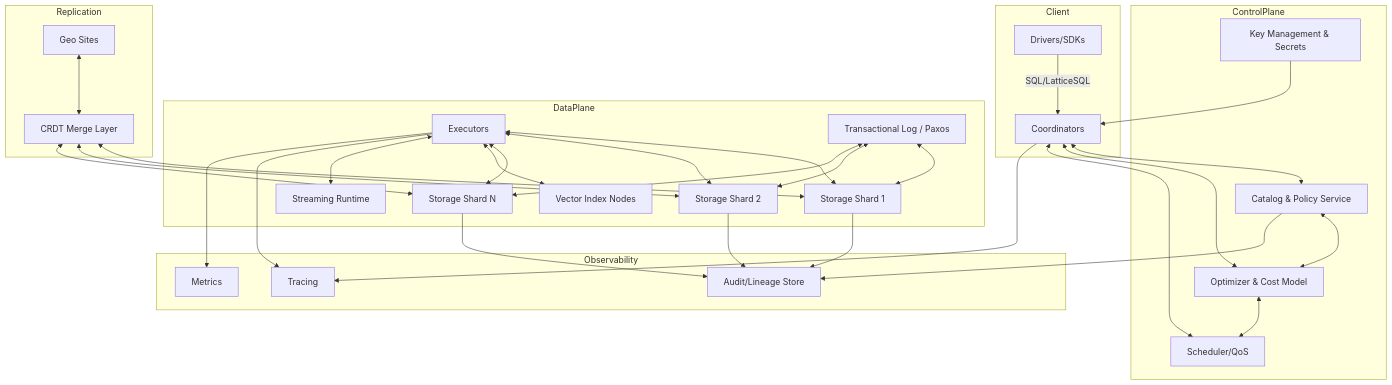
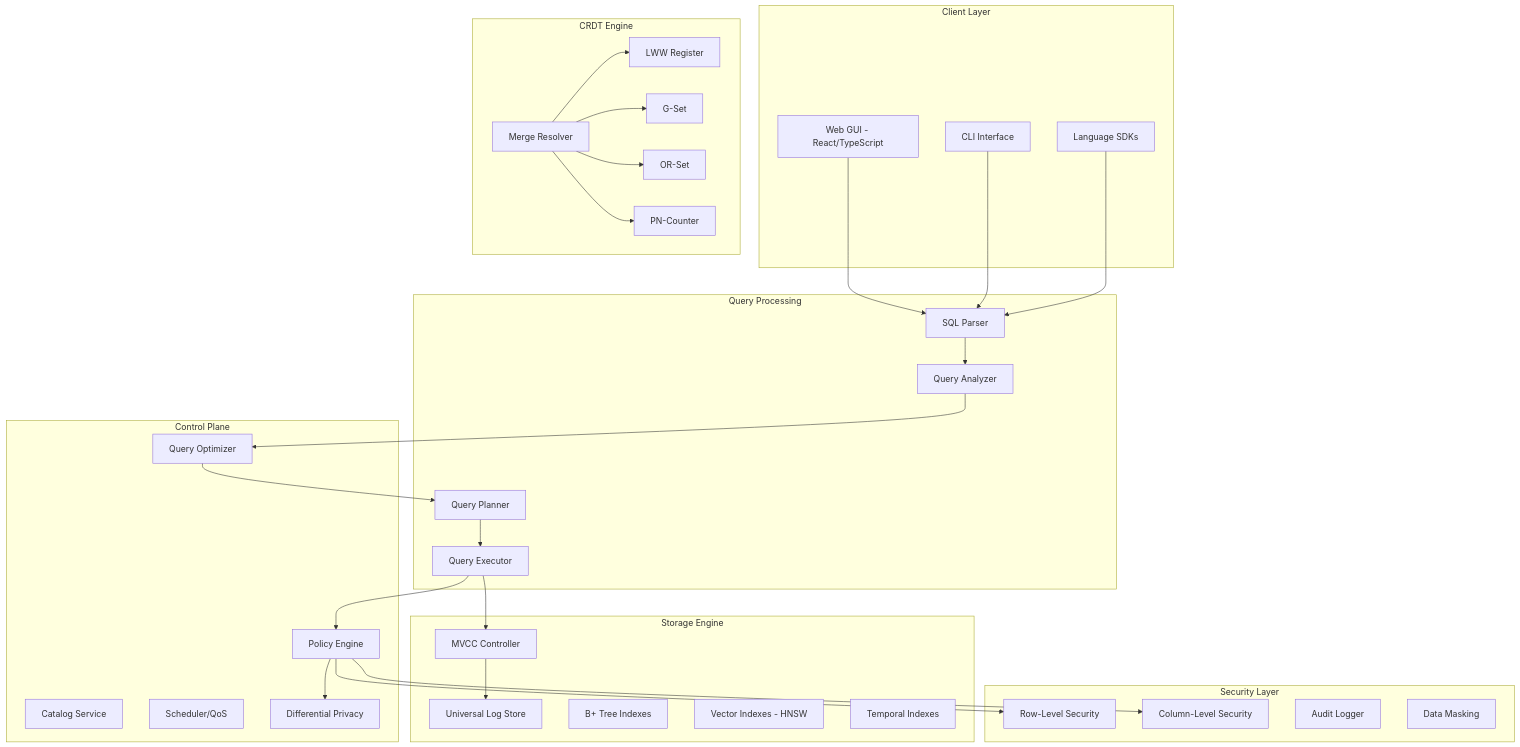
One commit to hoangsonww/LatticeDB-NextGen-DBMS changed the first of 10 diagrams in ARCHITECTURE.md. Above: the diagram before and after it, drawn with Mermaid. The commit also changed other lines of this file and 82 other files, not shown here.

````diff
--- a/ARCHITECTURE.md
+++ b/ARCHITECTURE.md
@@ -28,61 +28,64 @@
 ```mermaid
 flowchart TD
-    subgraph Client
-      A[Drivers/SDKs] -->|SQL/LatticeSQL| B[Coordinators]
+    subgraph "Client Layer"
+      GUI[Web GUI - React/TypeScript]
+      CLI[CLI Interface]
+      SDK[Language SDKs]
     end
 
-    subgraph ControlPlane
-      P[Catalog & Policy Service]
-      Q[Optimizer & Cost Model]
-      R[Scheduler/QoS]
-      S[Key Management & Secrets]
-      P <--> Q
-      Q <--> R
-      S --> B
+    subgraph "Control Plane"
+      CAT[Catalog Service]
+      OPT[Query Optimizer]
+      POL[Policy Engine]
+      SCH[Scheduler/QoS]
+      DP[Differential Privacy]
     end
 
-    B <--> P
-    B <--> Q
-    B <--> R
-
-    subgraph DataPlane
-      E[Executors]
-      F1[Storage Shard 1]
-      F2[Storage Shard 2]
-      F3[Storage Shard N]
-      L[Transactional Log / Paxos]
-      X[Streaming Runtime]
-      V[Vector Index Nodes]
-      E <--> F1
-      E <--> F2
-      E <--> F3
-      E <--> V
-      E <--> X
-      L <--> F1
-      L <--> F2
-      L <--> F3
+    subgraph "Query Processing"
+      PARSE[SQL Parser]
+      ANALYZE[Query Analyzer]
+      PLAN[Query Planner]
+      EXEC[Query Executor]
     end
 
-    subgraph Replication
-      G[Geo Sites]
-      H[CRDT Merge Layer]
-      G <--> H
-      H <--> F1
-      H <--> F2
-      H <--> F3
+    subgraph "Storage Engine"
+      ULS[Universal Log Store]
+      MVCC[MVCC Controller]
+      BT[B+ Tree Indexes]
+      VEC[Vector Indexes - HNSW]
+      TEMP[Temporal Indexes]
     end
 
-    subgraph Observability
-      O1[Tracing]
-      O2[Metrics]
-      O3[Audit/Lineage Store]
+    subgraph "CRDT Engine"
+      LWW[LWW Register]
+      GSET[G-Set]
+      ORSET[OR-Set]
+      COUNTER[PN-Counter]
+      MERGER[Merge Resolver]
     end
 
-    B --> O1
-    E --> O1
-    E --> O2
-    P --> O3
-    F1 --> O3
-    F2 --> O3
-    F3 --> O3
+    subgraph "Security Layer"
+      RLS[Row-Level Security]
+      CLS[Column-Level Security]
+      AUDIT[Audit Logger]
+      MASK[Data Masking]
+    end
+
+    GUI --> PARSE
+    CLI --> PARSE
+    SDK --> PARSE
+    PARSE --> ANALYZE
+    ANALYZE --> OPT
+    OPT --> PLAN
+    PLAN --> EXEC
+    EXEC --> MVCC
+    MVCC --> ULS
+    EXEC --> POL
+    POL --> RLS
+    POL --> CLS
+    POL --> DP
+    MERGER --> LWW
+    MERGER --> GSET
+    MERGER --> ORSET
+    MERGER --> COUNTER
 ```
````
